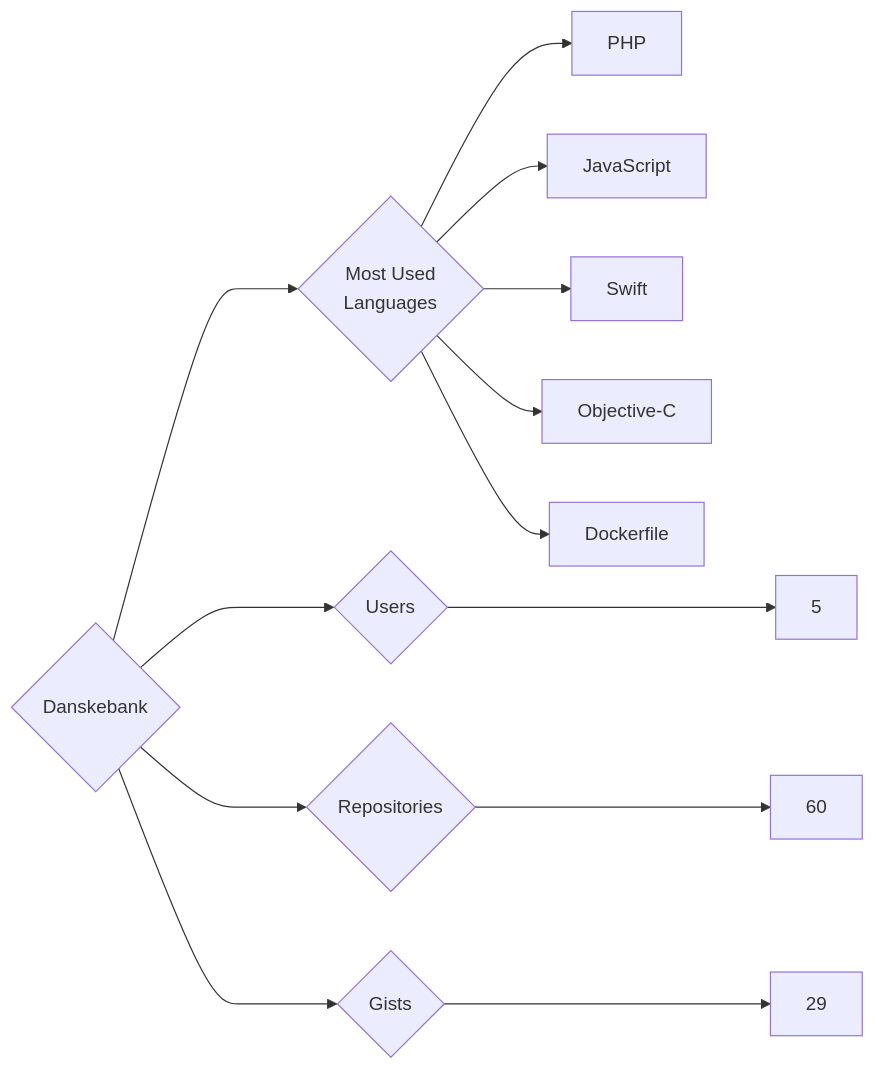
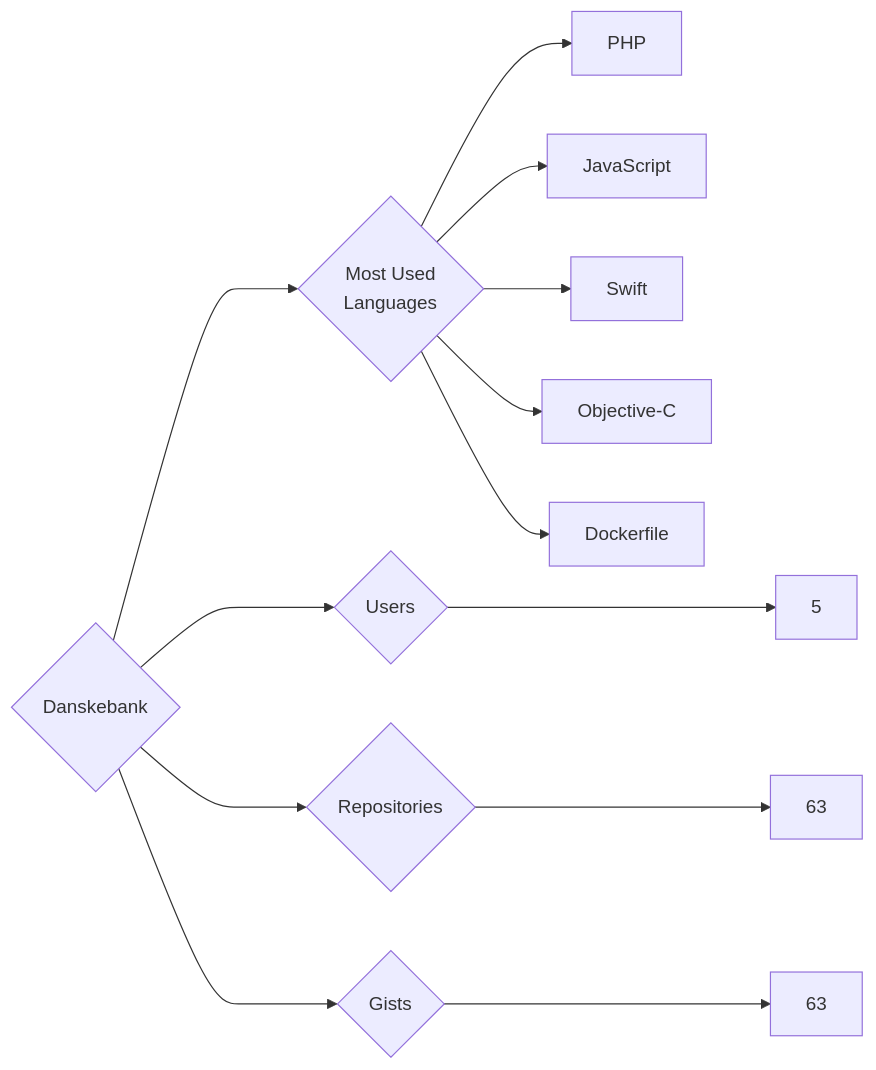
One commit to trickest/insiders changed the diagram in targets/Danskebank/README.md. Above: the diagram before and after it, drawn with Mermaid. The commit also changed 1238 other files, not shown here.

````diff
--- a/targets/Danskebank/README.md
+++ b/targets/Danskebank/README.md
@@ -3,13 +3,13 @@
 ```mermaid
 graph LR
 COMPANY_NAME{Danskebank}
 COMPANY_NAME ---> U{Users} ---> UN[5]
-COMPANY_NAME ---> R{Repositories} ---> RN[60]
-COMPANY_NAME ---> G{Gists} ---> GN[29]
+COMPANY_NAME ---> R{Repositories} ---> RN[63]
+COMPANY_NAME ---> G{Gists} ---> GN[63]
 COMPANY_NAME ---> ML{Most Used<br>Languages}
 ML --> PHP[PHP]
 ML --> JavaScript[JavaScript]
 ML --> Swift[Swift]
 ML --> Objective-C[Objective-C]
 ML --> Dockerfile[Dockerfile]
 ```
````
